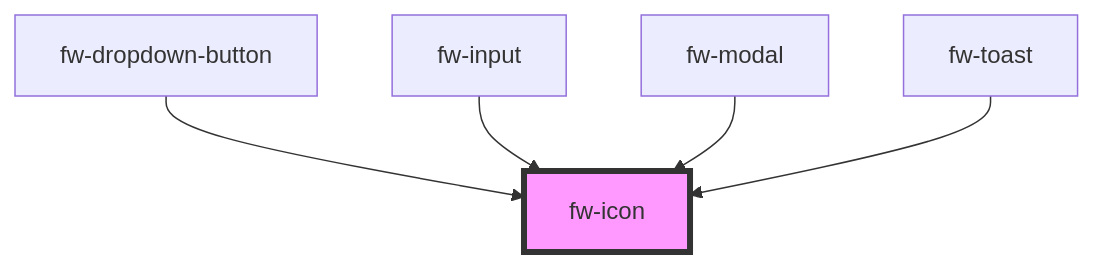
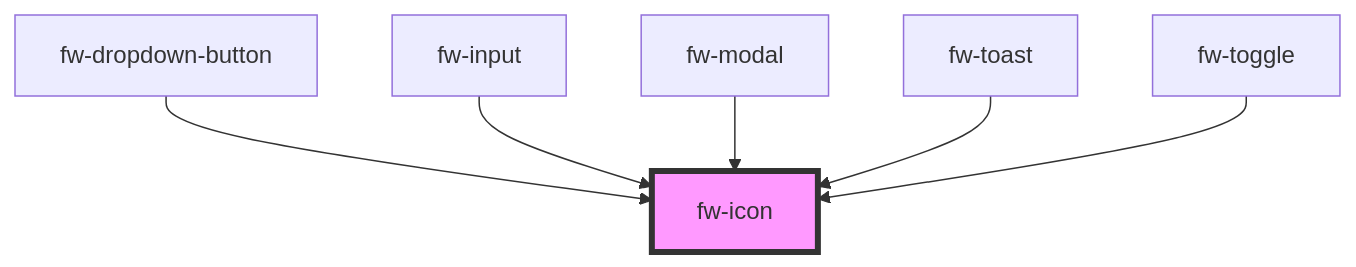
Before and after one commit to freshworks/crayons: the diagram in packages/crayons-core/src/components/icon/readme.md, drawn with Mermaid. The commit also changed other lines of this file and 4 other files, not shown here.

````diff
--- a/packages/crayons-core/src/components/icon/readme.md
+++ b/packages/crayons-core/src/components/icon/readme.md
@@ -44,8 +45,9 @@
 ```mermaid
 graph TD;
   fw-dropdown-button --> fw-icon
   fw-input --> fw-icon
   fw-modal --> fw-icon
   fw-toast --> fw-icon
+  fw-toggle --> fw-icon
   style fw-icon fill:#f9f,stroke:#333,stroke-width:4px
 ```
````
